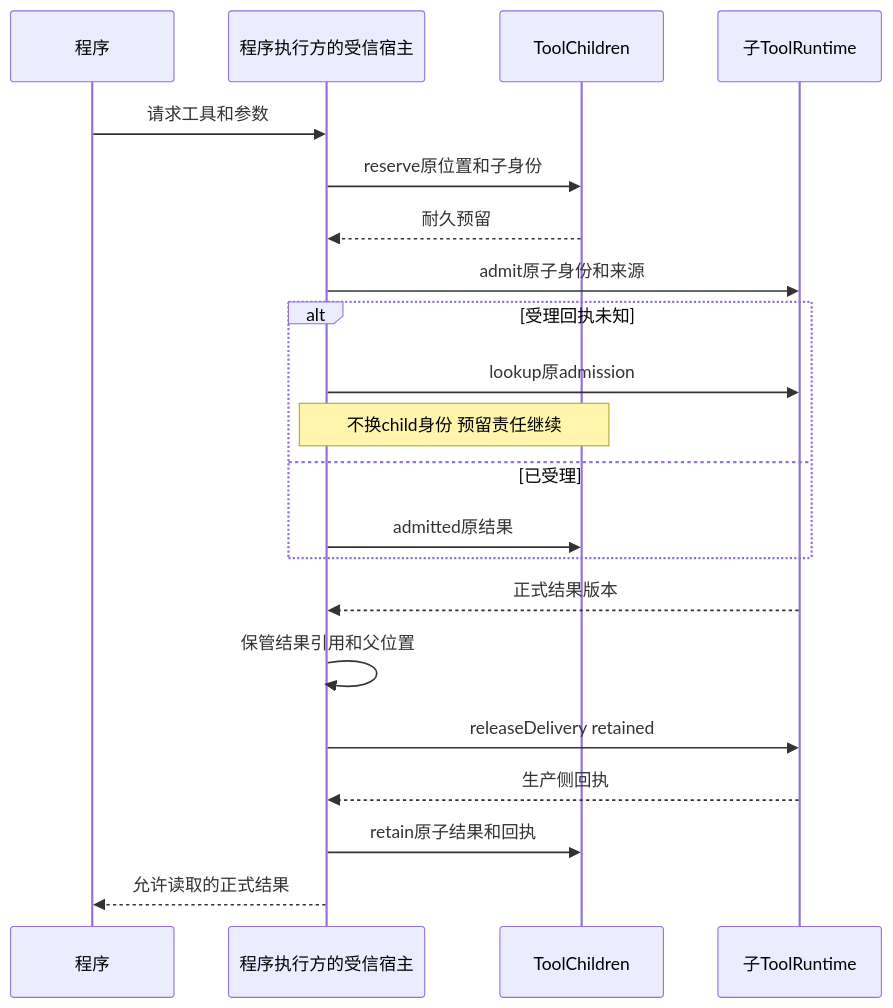
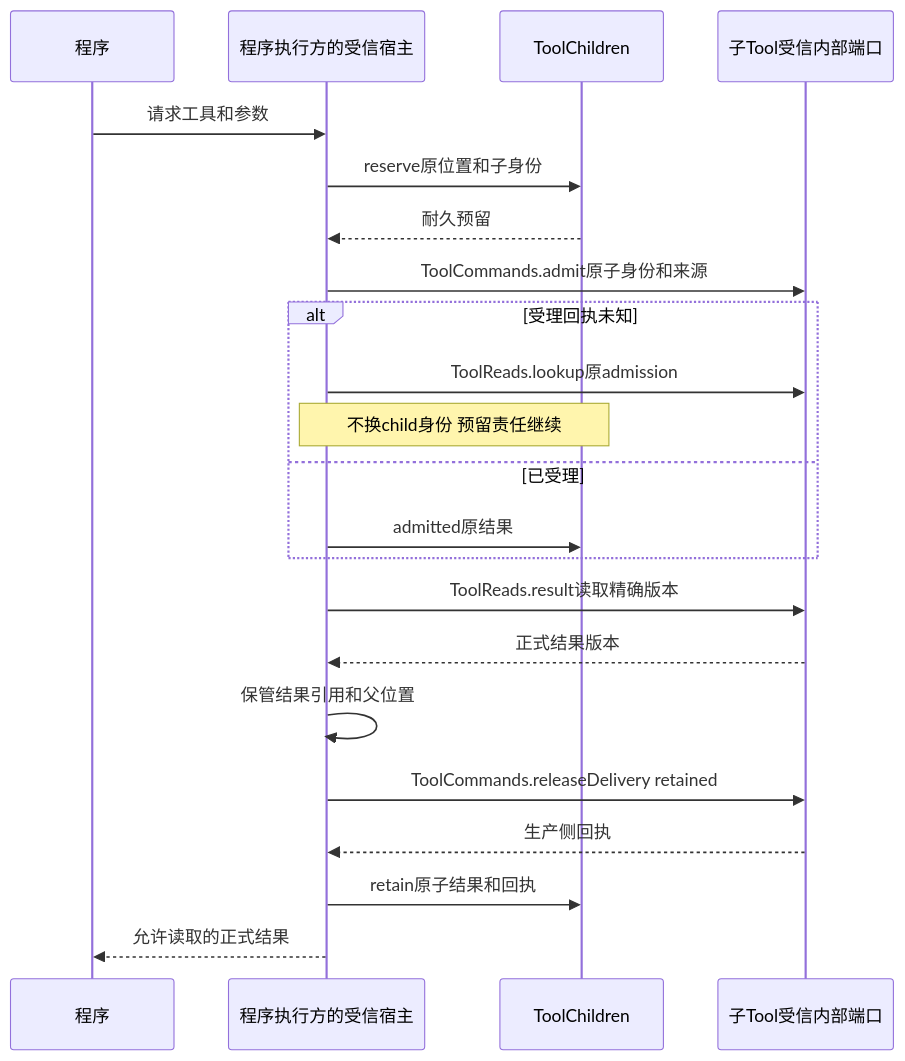
Before and after one commit to nemori-ai/omne-harness-lite: the ninth of 16 diagrams in packages/tool/tool-contract/docs/flows.md, drawn with Mermaid. The commit also changed 15 other files, not shown here.

````diff
--- a/packages/tool/tool-contract/docs/flows.md
+++ b/packages/tool/tool-contract/docs/flows.md
@@ -348,23 +348,24 @@
 ```mermaid
 sequenceDiagram
     participant P as 程序
     participant H as 程序执行方的受信宿主
     participant L as ToolChildren
-    participant T as 子ToolRuntime
+    participant T as 子Tool受信内部端口
     P->>H: 请求工具和参数
     H->>L: reserve原位置和子身份
     L-->>H: 耐久预留
-    H->>T: admit原子身份和来源
+    H->>T: ToolCommands.admit原子身份和来源
     alt 受理回执未知
-        H->>T: lookup原admission
+        H->>T: ToolReads.lookup原admission
         Note over H,L: 不换child身份 预留责任继续
     else 已受理
         H->>L: admitted原结果
     end
+    H->>T: ToolReads.result读取精确版本
     T-->>H: 正式结果版本
     H->>H: 保管结果引用和父位置
-    H->>T: releaseDelivery retained
+    H->>T: ToolCommands.releaseDelivery retained
     T-->>H: 生产侧回执
     H->>L: retain原子结果和回执
     H-->>P: 允许读取的正式结果
 ```
````
